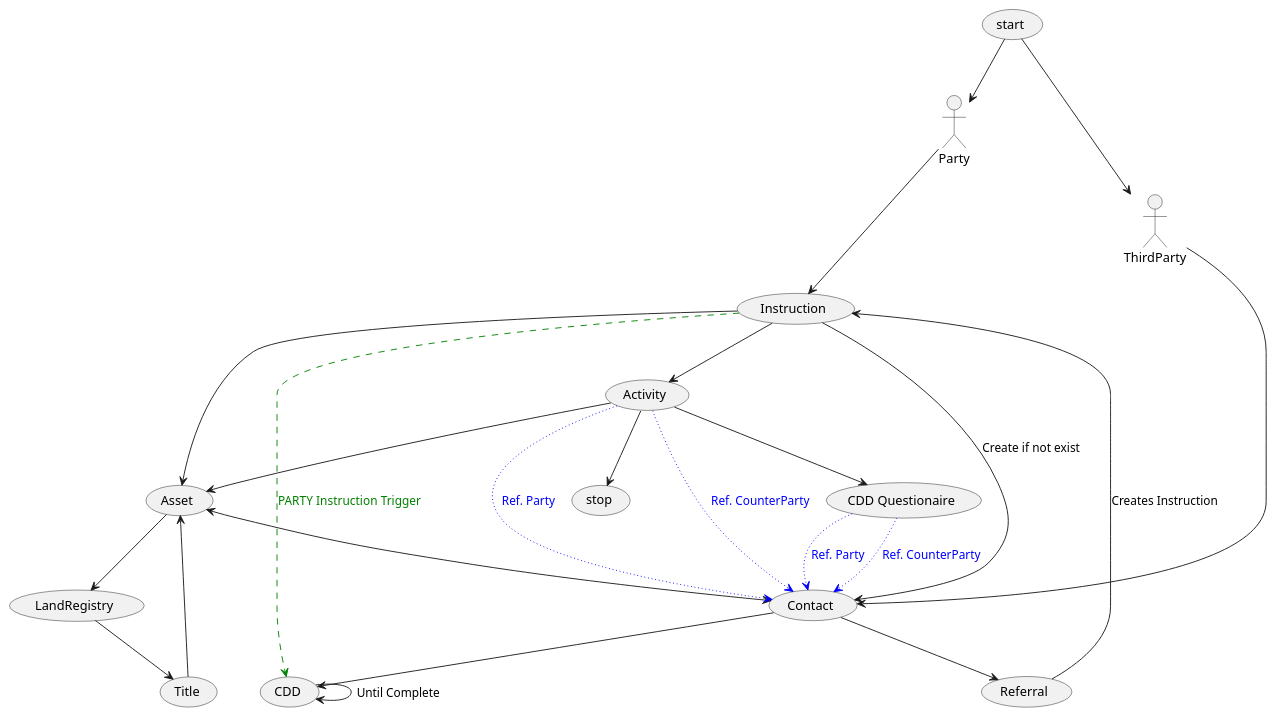
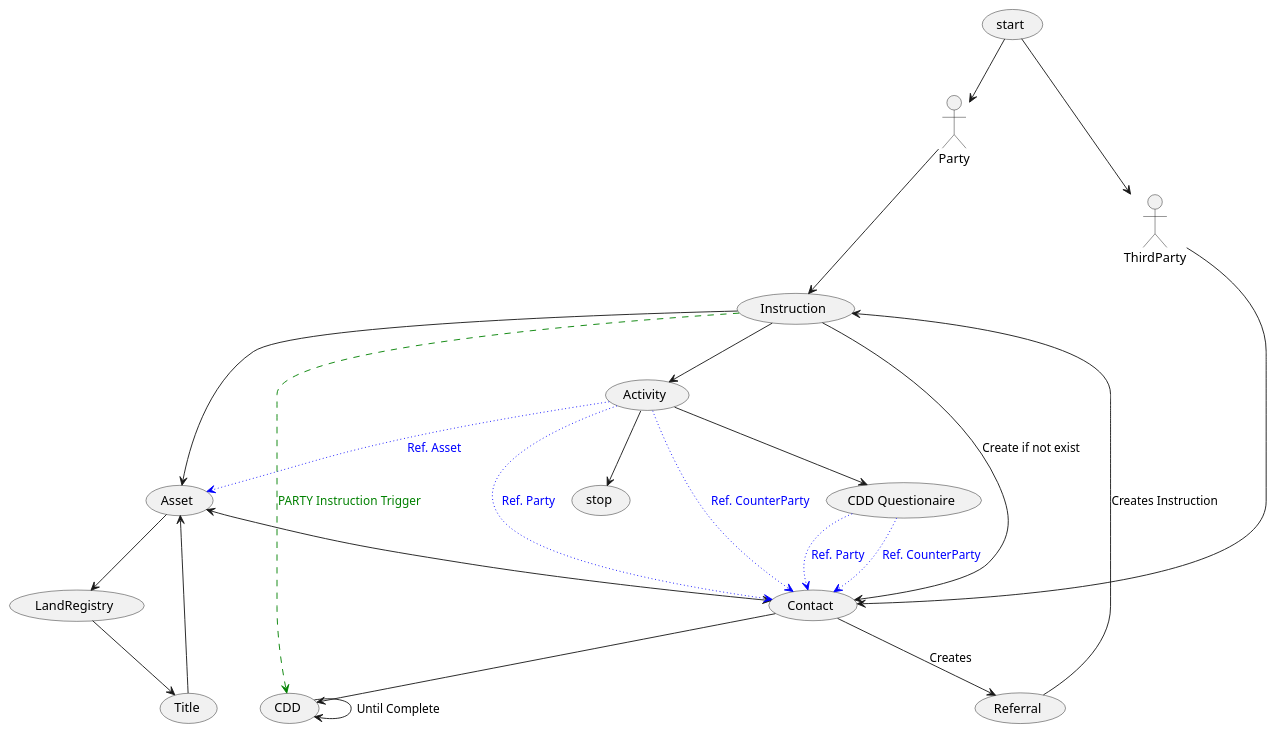
Before and after one commit to Kf-GaryNewport/Kf-GaryNewport.github.io: the diagram in assets/CDD/cdd.puml, drawn with PlantUML. The commit also changed 1 other file, not shown here.

```diff
--- a/assets/CDD/cdd.puml
+++ b/assets/CDD/cdd.puml
@@ -1,35 +1,35 @@
 @startuml cdd
 
 (start) --> Party
 (start) --> ThirdParty
 Party --> (Instruction)
 ThirdParty --> (Contact)
-(Contact) --> (Referral)
+(Contact) --> (Referral) : Creates
 
 (Instruction) --> (Contact) : Create if not exist
 
 (Referral) --> (Instruction) : Creates Instruction
 (Instruction) --> (Asset)
 (Asset) --> (LandRegistry) 
 (LandRegistry)  --> (Title)
 (Title) --> (Asset)
 (Asset) <--> (Contact)
 (Contact) --> (CDD)
 (CDD) --> (CDD) : Until Complete
 (Instruction) --> (Activity)
 '(Instruction) --> (CDD Questionaire) : TBS
 
-(Activity) --> (Asset)
+(Activity) --> (Asset) #blue;line.dotted;text:blue : Ref. Asset
 (Activity) --> (Contact) #blue;line.dotted;text:blue : Ref. Party
 (Activity) --> (Contact) #blue;line.dotted;text:blue : Ref. CounterParty
 (Activity) --> (CDD Questionaire)
 
 
 (CDD Questionaire) ..> (Contact) #blue;line.dotted;text:blue : Ref. Party
 (CDD Questionaire) ..> (Contact) #blue;line.dotted;text:blue : Ref. CounterParty
 
 '(Activity) ..> (CDD) #green;line.dashed;text:green  : Tenancy Trigger
 (Instruction) ..> (CDD) #green;line.dashed;text:green  : PARTY Instruction Trigger
 
 (Activity) --> (stop)
 @enduml
```
